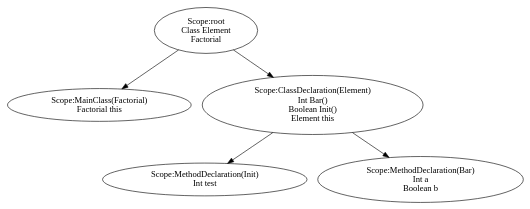
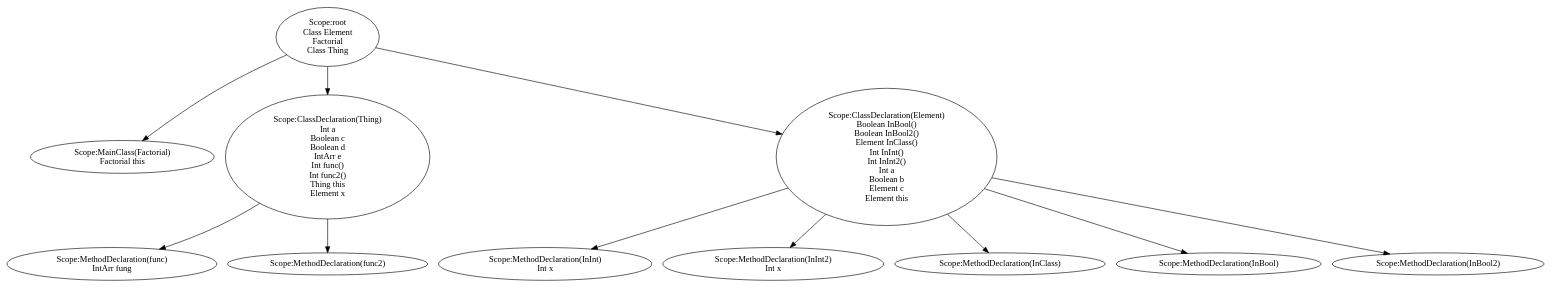
Before and after one commit to JakobAdamsson/Compiler-and-translation-technique: the diagram in assignment2/assignment/st.dot, drawn with Graphviz. The commit also changed 101 other files, not shown here.

```diff
--- a/assignment2/assignment/st.dot
+++ b/assignment2/assignment/st.dot
@@ -1,25 +1,58 @@
 digraph {
 n0 [label="Scope:root
 Class Element
  Factorial
+Class Thing
 "];
 n1 [label="Scope:MainClass(Factorial)
 Factorial this
 "];
 n0 -> n1
-n2 [label="Scope:ClassDeclaration(Element)
-Int Bar()
-Boolean Init()
-Element this
+n2 [label="Scope:ClassDeclaration(Thing)
+Int a
+Boolean c
+Boolean d
+IntArr e
+Int func()
+Int func2()
+Thing this
+Element x
 "];
-n3 [label="Scope:MethodDeclaration(Init)
-Int test
+n3 [label="Scope:MethodDeclaration(func)
+IntArr fung
 "];
 n2 -> n3
-n4 [label="Scope:MethodDeclaration(Bar)
-Int a
-Boolean b
+n4 [label="Scope:MethodDeclaration(func2)
 "];
 n2 -> n4
 n0 -> n2
+n5 [label="Scope:ClassDeclaration(Element)
+Boolean InBool()
+Boolean InBool2()
+Element InClass()
+Int InInt()
+Int InInt2()
+Int a
+Boolean b
+Element c
+Element this
+"];
+n6 [label="Scope:MethodDeclaration(InInt)
+Int x
+"];
+n5 -> n6
+n7 [label="Scope:MethodDeclaration(InInt2)
+Int x
+"];
+n5 -> n7
+n8 [label="Scope:MethodDeclaration(InClass)
+"];
+n5 -> n8
+n9 [label="Scope:MethodDeclaration(InBool)
+"];
+n5 -> n9
+n10 [label="Scope:MethodDeclaration(InBool2)
+"];
+n5 -> n10
+n0 -> n5
 }
```
